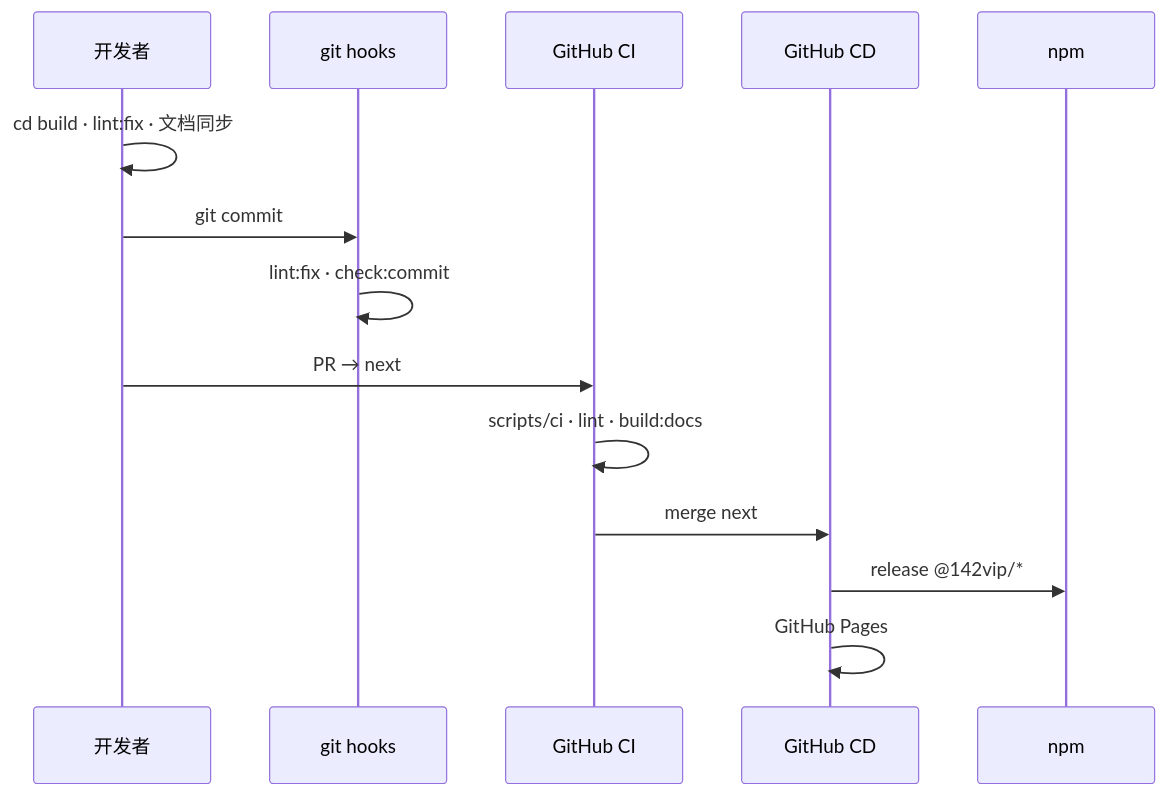
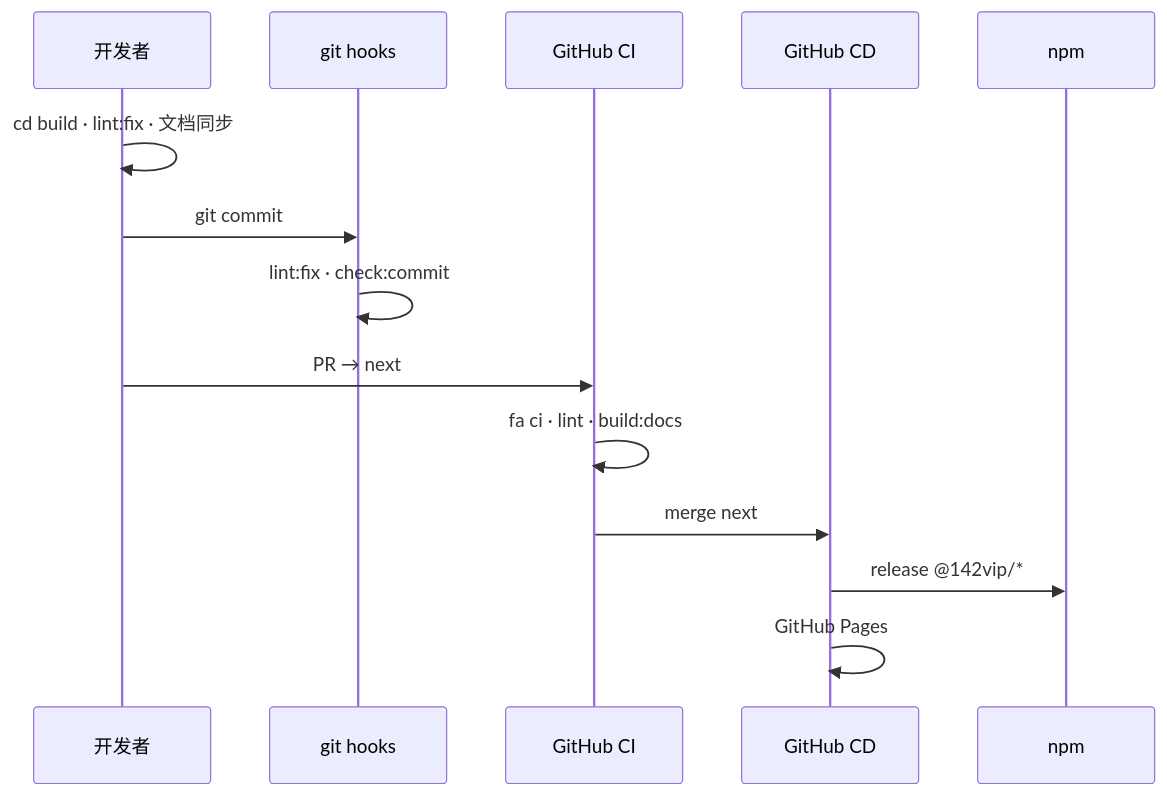
Before and after one commit to 142vip/core-x: the fourth of 5 diagrams in README.md, drawn with Mermaid. The commit also changed other lines of this file and 4 other files, not shown here.

````diff
--- a/README.md
+++ b/README.md
@@ -142,17 +142,17 @@
 ```mermaid
 sequenceDiagram
   participant Dev as 开发者
   participant Hook as git hooks
   participant CI as GitHub CI
   participant CD as GitHub CD
   participant NPM as npm
 
   Dev->>Dev: cd build · lint:fix · 文档同步
   Dev->>Hook: git commit
   Hook->>Hook: lint:fix · check:commit
   Dev->>CI: PR → next
-  CI->>CI: scripts/ci · lint · build:docs
+  CI->>CI: fa ci · lint · build:docs
   CI->>CD: merge next
   CD->>NPM: release @142vip/*
   CD->>CD: GitHub Pages
 ```
````
